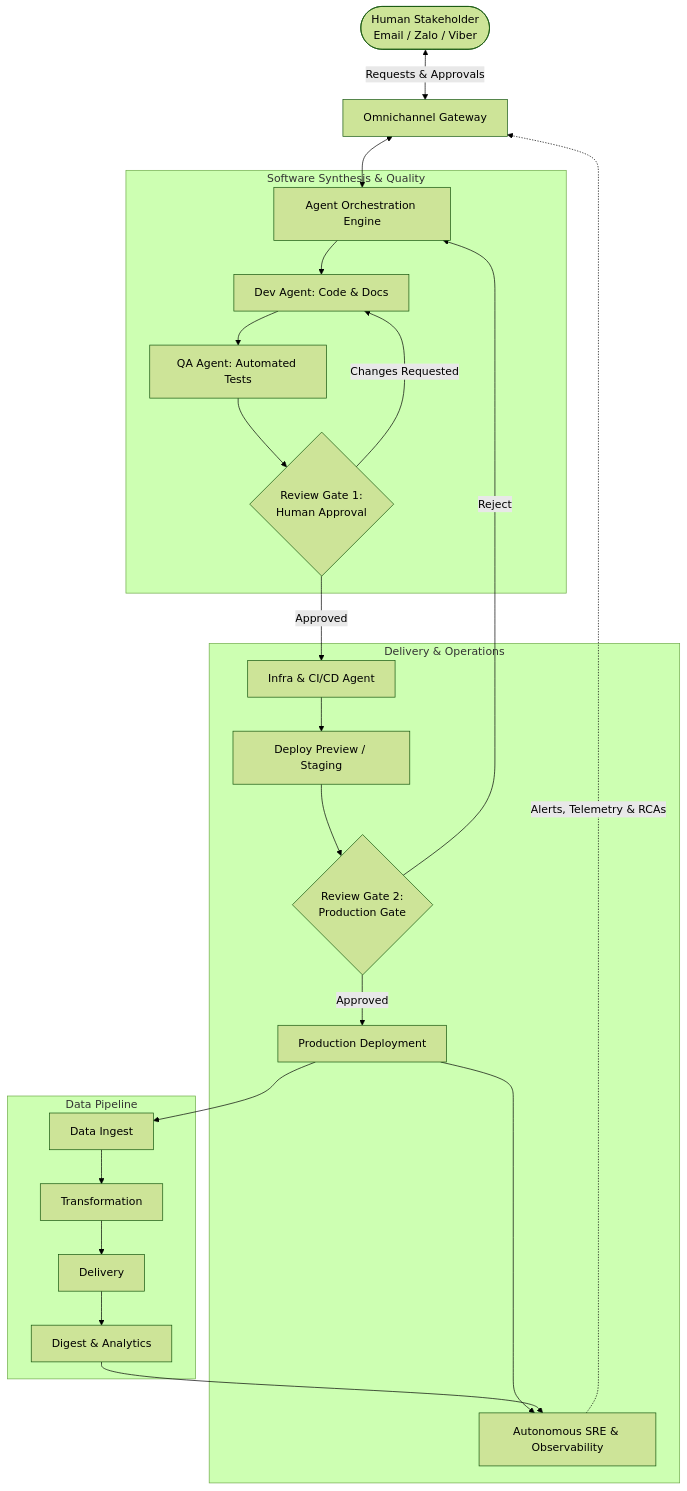
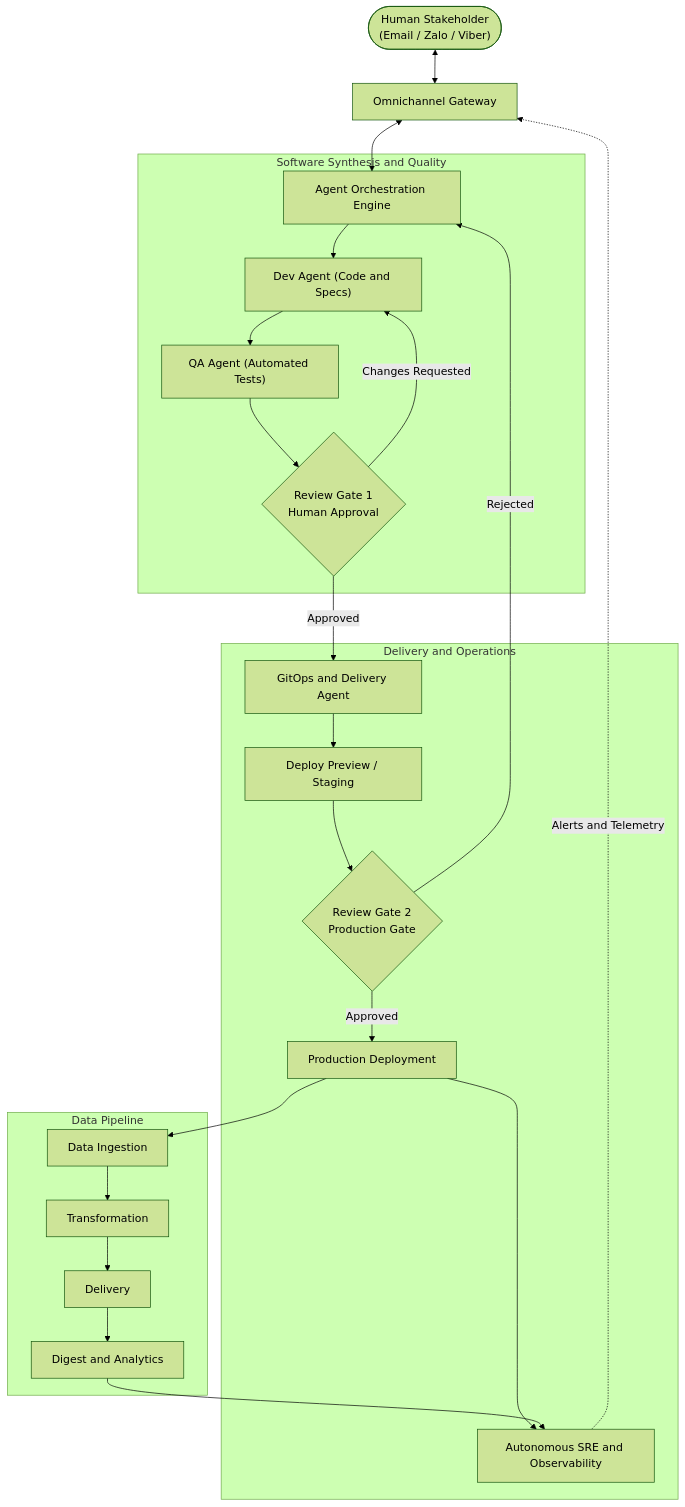
Before and after one commit to sonnormal/stratum-meta: the diagram in README.md, drawn with Mermaid (forest theme). The commit also changed other lines of this file, not shown here.

Commit message:
fix(docs): resolve mermaid preview syntax and document multi-repo strategy with isolated IaC

````diff
--- a/README.md
+++ b/README.md
@@ -54,33 +54,36 @@
 ```mermaid
 flowchart TD
-    User([Human Stakeholder\nEmail / Zalo / Viber]) <--> |Requests & Approvals| Gateway[Omnichannel Gateway]
-    
-    Gateway <--> Orchestrator[Agent Orchestration Engine]
-    
-    subgraph DevLifecycle [Software Synthesis & Quality]
-        Orchestrator --> DevAgent[Dev Agent: Code & Docs]
-        DevAgent --> TestAgent[QA Agent: Automated Tests]
-        TestAgent --> ReviewGate1{Review Gate 1:\nHuman Approval}
+    User(["Human Stakeholder<br/>(Email / Zalo / Viber)"])
+    Gateway["Omnichannel Gateway"]
+    Orchestrator["Agent Orchestration Engine"]
+
+    User <--> Gateway
+    Gateway <--> Orchestrator
+
+    subgraph DevLifecycle ["Software Synthesis and Quality"]
+        Orchestrator --> DevAgent["Dev Agent (Code and Specs)"]
+        DevAgent --> TestAgent["QA Agent (Automated Tests)"]
+        TestAgent --> ReviewGate1{"Review Gate 1<br/>Human Approval"}
     end
-    
-    ReviewGate1 -- Approved --> IaCAgent[Infra & CI/CD Agent]
-    ReviewGate1 -- Changes Requested --> DevAgent
-    
-    subgraph DeliveryOps [Delivery & Operations]
-        IaCAgent --> StagingDeploy[Deploy Preview / Staging]
-        StagingDeploy --> ReviewGate2{Review Gate 2:\nProduction Gate}
-        ReviewGate2 -- Approved --> ProdDeploy[Production Deployment]
-        ReviewGate2 -- Reject --> Orchestrator
-        ProdDeploy --> AIOps[Autonomous SRE & Observability]
+
+    ReviewGate1 -->|"Approved"| GitOpsAgent["GitOps and Delivery Agent"]
+    ReviewGate1 -->|"Changes Requested"| DevAgent
+
+    subgraph DeliveryOps ["Delivery and Operations"]
+        GitOpsAgent --> StagingDeploy["Deploy Preview / Staging"]
+        StagingDeploy --> ReviewGate2{"Review Gate 2<br/>Production Gate"}
+        ReviewGate2 -->|"Approved"| ProdDeploy["Production Deployment"]
+        ReviewGate2 -->|"Rejected"| Orchestrator
+        ProdDeploy --> AIOps["Autonomous SRE and Observability"]
     end
-    
-    subgraph DataLifecycle [Data Pipeline]
-        ProdDeploy --> Ingest[Data Ingest]
-        Ingest --> Transform[Transformation]
-        Transform --> Delivery[Delivery]
-        Delivery --> Digest[Digest & Analytics]
+
+    subgraph DataLifecycle ["Data Pipeline"]
+        ProdDeploy --> Ingest["Data Ingestion"]
+        Ingest --> Transform["Transformation"]
+        Transform --> Delivery["Delivery"]
+        Delivery --> Digest["Digest and Analytics"]
         Digest --> AIOps
     end
-    
-    AIOps -.-> |Alerts, Telemetry & RCAs| Gateway
+
+    AIOps -.->|"Alerts and Telemetry"| Gateway
 ```
````
